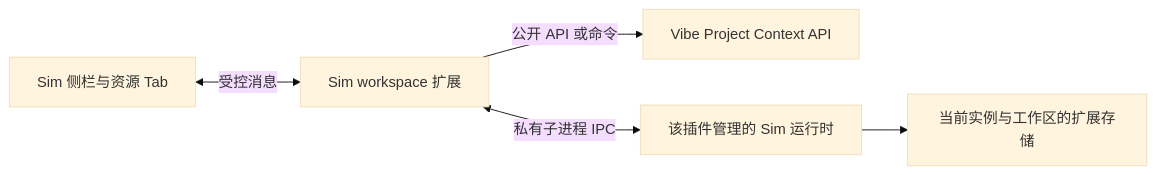
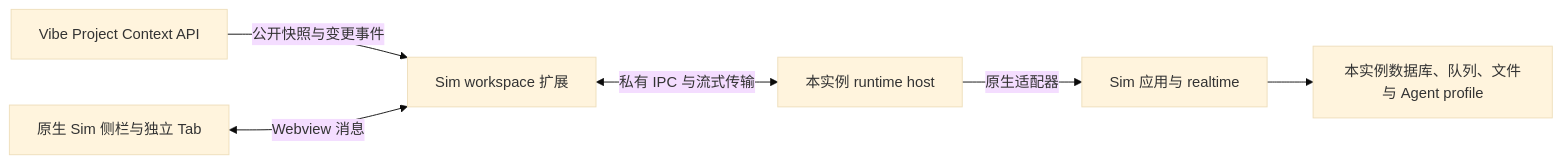
One commit to ActivePeter/vibe-vscode changed the first of 2 diagrams in vibe_vscode_doc/design/sim_plugin_runtime.md. Above: the diagram before and after it, drawn with Mermaid (base theme). The commit also changed other lines of this file and 85 other files, not shown here.

Commit message:
feat(sim): own native runtime and original webviews in the workspace extension

````diff
--- a/vibe_vscode_doc/design/sim_plugin_runtime.md
+++ b/vibe_vscode_doc/design/sim_plugin_runtime.md
@@ -24,7 +27,8 @@
 ```mermaid
 flowchart LR
-    UI[Sim 侧栏与资源 Tab] <-->|受控消息| Extension[Sim workspace 扩展]
-    Extension -->|公开 API 或命令| Context[Vibe Project Context API]
-    Extension <-->|私有子进程 IPC| Runtime[该插件管理的 Sim 运行时]
-    Runtime --> State[当前实例与工作区的扩展存储]
+    Vibe[Vibe Project Context API] -->|公开快照与变更事件| Plugin[Sim workspace 扩展]
+    View[原生 Sim 侧栏与独立 Tab] <-->|Webview 消息| Plugin
+    Plugin <-->|私有 IPC 与流式传输| Host[本实例 runtime host]
+    Host -->|原生适配器| Sim[Sim 应用与 realtime]
+    Sim --> State[本实例数据库、队列、文件与 Agent profile]
 ```
````
